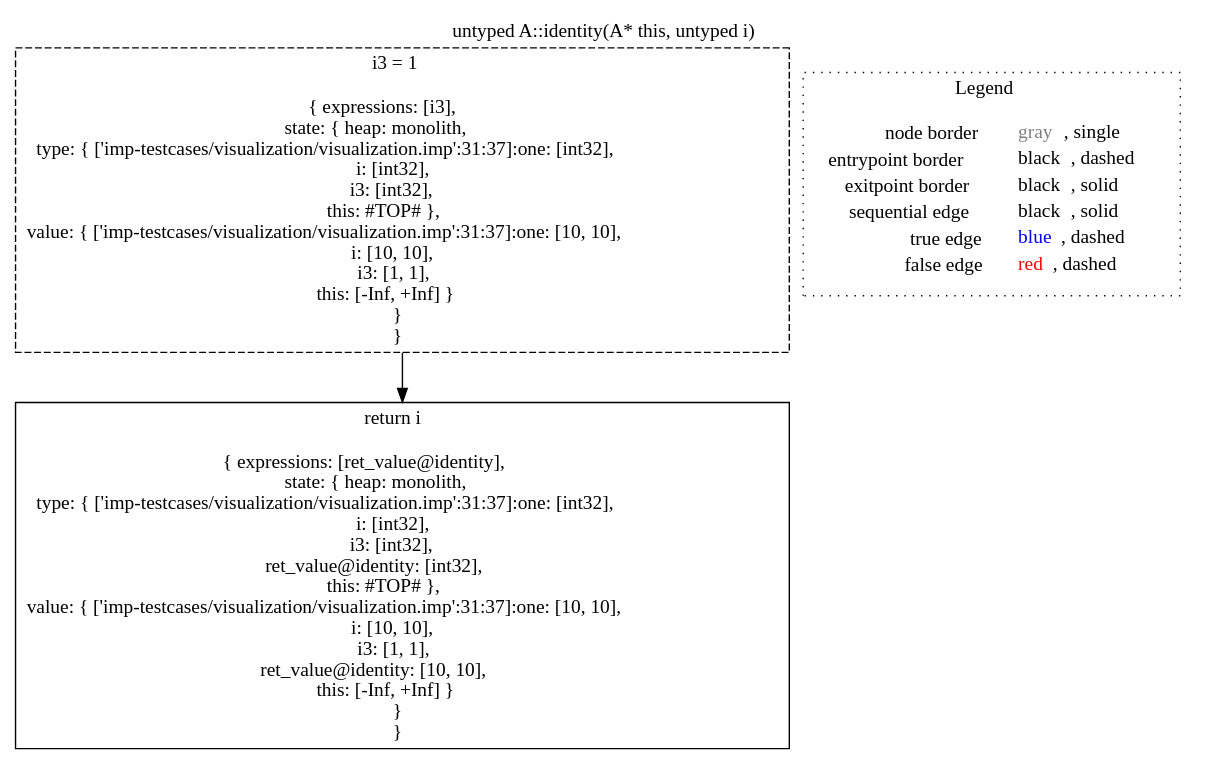
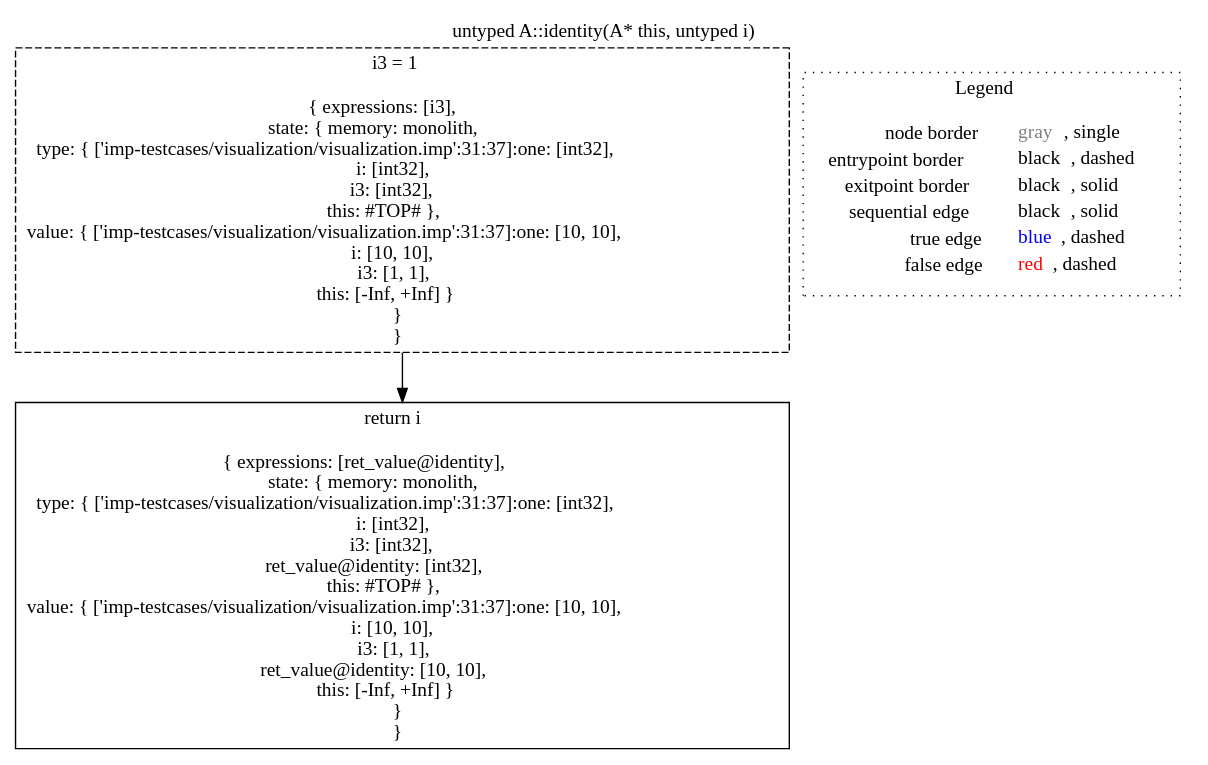
The diagram in lisa/lisa-analyses/imp-testcases/visualization/dot/untyped_A.identity(A__this,_untyped_i)_-1778624996.dot (lisa-analyzer/lisa), drawn with Graphviz before and after one commit. The commit also changed 930 other files, not shown here.

Commit message:
Rename heap to memory #127

```diff
--- a/lisa/lisa-analyses/imp-testcases/visualization/dot/untyped_A.identity(A__this,_untyped_i)_-1778624996.dot
+++ b/lisa/lisa-analyses/imp-testcases/visualization/dot/untyped_A.identity(A__this,_untyped_i)_-1778624996.dot
@@ -1,12 +1,12 @@
 digraph "untyped A::identity(A* this, untyped i)" {
 edge ["dir"="forward"]
 graph ["label"="untyped A::identity(A* this, untyped i)","labelloc"="t"]
-"node0" ["label"=<i3 = 1<br/><br/>{ expressions: [i3],<br/>state: { heap: monolith,<br/>type: { ['imp-testcases/visualization/visualization.imp':31:37]:one: [int32],<br/>i: [int32],<br/>i3: [int32],<br/>this: #TOP# },<br/>value: { ['imp-testcases/visualization/visualization.imp':31:37]:one: [10, 10],<br/>i: [10, 10],<br/>i3: [1, 1],<br/>this: [-Inf, +Inf] }<br/> }<br/> }<br/>>,"shape"="rect","id"="node0","color"="black","style"="dashed"]
-"node3" ["label"=<return i<br/><br/>{ expressions: [ret_value@identity],<br/>state: { heap: monolith,<br/>type: { ['imp-testcases/visualization/visualization.imp':31:37]:one: [int32],<br/>i: [int32],<br/>i3: [int32],<br/>ret_value@identity: [int32],<br/>this: #TOP# },<br/>value: { ['imp-testcases/visualization/visualization.imp':31:37]:one: [10, 10],<br/>i: [10, 10],<br/>i3: [1, 1],<br/>ret_value@identity: [10, 10],<br/>this: [-Inf, +Inf] }<br/> }<br/> }<br/>>,"shape"="rect","id"="node3","color"="black"]
+"node0" ["label"=<i3 = 1<br/><br/>{ expressions: [i3],<br/>state: { memory: monolith,<br/>type: { ['imp-testcases/visualization/visualization.imp':31:37]:one: [int32],<br/>i: [int32],<br/>i3: [int32],<br/>this: #TOP# },<br/>value: { ['imp-testcases/visualization/visualization.imp':31:37]:one: [10, 10],<br/>i: [10, 10],<br/>i3: [1, 1],<br/>this: [-Inf, +Inf] }<br/> }<br/> }<br/>>,"shape"="rect","id"="node0","color"="black","style"="dashed"]
+"node3" ["label"=<return i<br/><br/>{ expressions: [ret_value@identity],<br/>state: { memory: monolith,<br/>type: { ['imp-testcases/visualization/visualization.imp':31:37]:one: [int32],<br/>i: [int32],<br/>i3: [int32],<br/>ret_value@identity: [int32],<br/>this: #TOP# },<br/>value: { ['imp-testcases/visualization/visualization.imp':31:37]:one: [10, 10],<br/>i: [10, 10],<br/>i3: [1, 1],<br/>ret_value@identity: [10, 10],<br/>this: [-Inf, +Inf] }<br/> }<br/> }<br/>>,"shape"="rect","id"="node3","color"="black"]
 subgraph "cluster_legend" {
 edge ["dir"="none"]
 graph ["label"=<Legend>,"style"="dotted"]
 "legend" ["label"=<<table border="0" cellpadding="2" cellspacing="0" cellborder="0"><tr><td align="right">node border&nbsp;</td><td align="left"><font color="gray">gray</font>, single</td></tr><tr><td align="right">entrypoint border&nbsp;</td><td align="left"><font color="black">black</font>, dashed</td></tr><tr><td align="right">exitpoint border&nbsp;</td><td align="left"><font color="black">black</font>, solid</td></tr><tr><td align="right">sequential edge&nbsp;</td><td align="left"><font color="black">black</font>, solid</td></tr><tr><td align="right">true edge&nbsp;</td><td align="left"><font color="blue">blue</font>, dashed</td></tr><tr><td align="right">false edge&nbsp;</td><td align="left"><font color="red">red</font>, dashed</td></tr></table>>,"shape"="none"]
 }
 "node0" -> "node3" ["color"="black"]
 }
```
